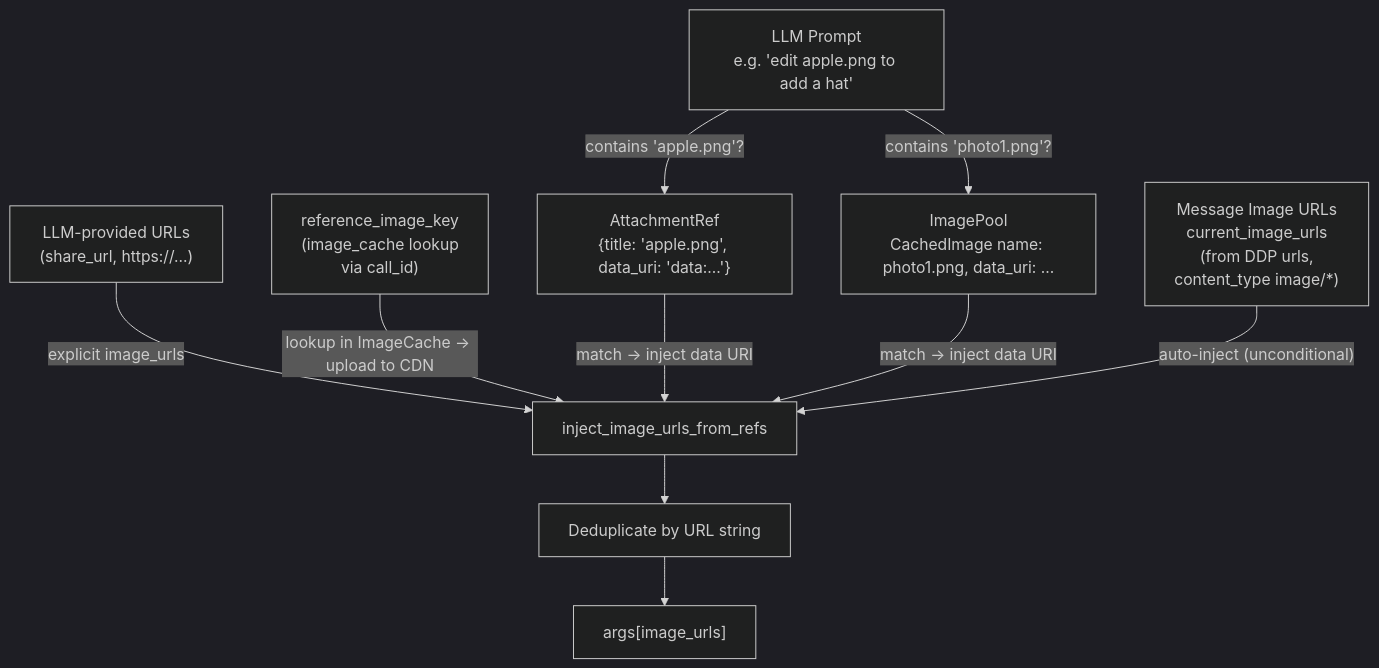
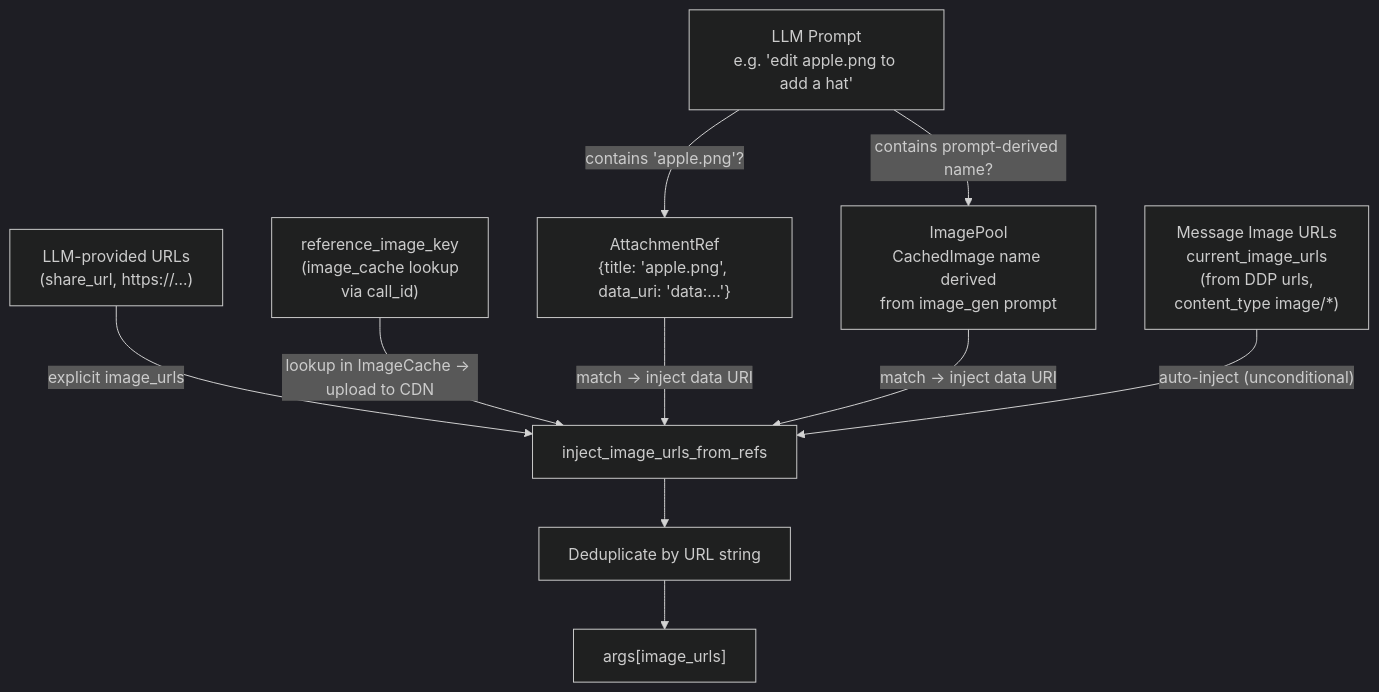
The fourth of 5 diagrams in _dfd/interception/image-interception.md (cosmoswafer/rockbot), drawn with Mermaid (dark theme) before and after one commit. The commit also changed other lines of this file and 3 other files, not shown here.

````diff
--- a/_dfd/interception/image-interception.md
+++ b/_dfd/interception/image-interception.md
@@ -134,23 +129,23 @@
 ```mermaid
 flowchart TD
     PROMPT[LLM Prompt<br/>e.g. 'edit apple.png to add a hat']
     ATTACH_REF["AttachmentRef<br/>{title: 'apple.png', data_uri: 'data:...'}"]
-    IMG_POOL["ImagePool<br/>CachedImage name: photo1.png, data_uri: ..."]
+    IMG_POOL["ImagePool<br/>CachedImage name derived<br/>from image_gen prompt"]
     AGENT_URL["LLM-provided URLs<br/>(share_url, https://...)"]
     MSG_URLS["Message Image URLs<br/>current_image_urls<br/>(from DDP urls,<br/>content_type image/*)"]
     REF_KEY["reference_image_key<br/>(image_cache lookup<br/>via call_id)"]
 
     INJECT[inject_image_urls_from_refs]
     DEDUP[Deduplicate by URL string]
     OUT["args[image_urls]"]
 
     PROMPT -->|"contains 'apple.png'?"| ATTACH_REF
-    PROMPT -->|"contains 'photo1.png'?"| IMG_POOL
+    PROMPT -->|"contains prompt-derived name?"| IMG_POOL
     AGENT_URL -->|"explicit image_urls"| INJECT
     REF_KEY -->|"lookup in ImageCache → upload to CDN"| INJECT
     ATTACH_REF -->|"match → inject data URI"| INJECT
     IMG_POOL -->|"match → inject data URI"| INJECT
     MSG_URLS -->|"auto-inject (unconditional)"| INJECT
     INJECT --> DEDUP
     DEDUP --> OUT
 ```
````
